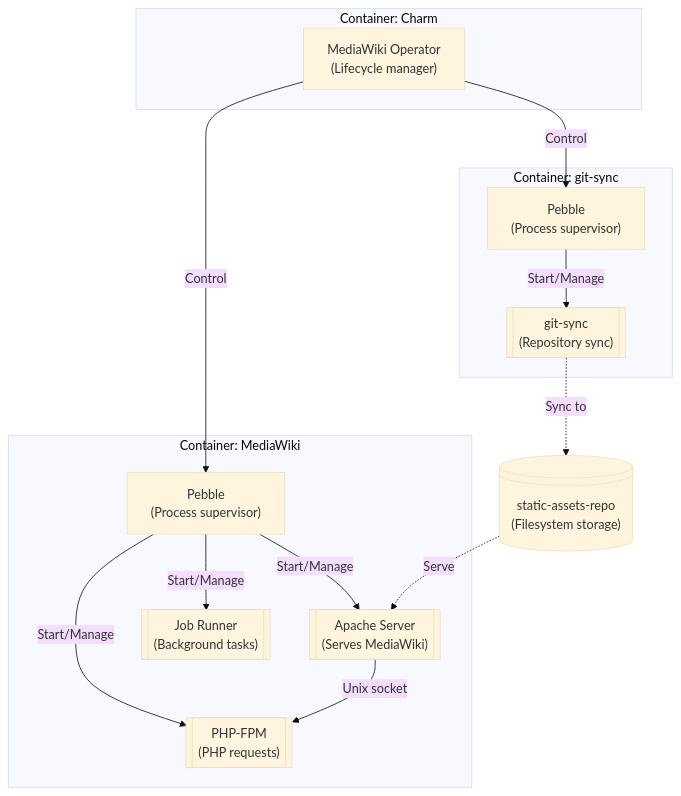
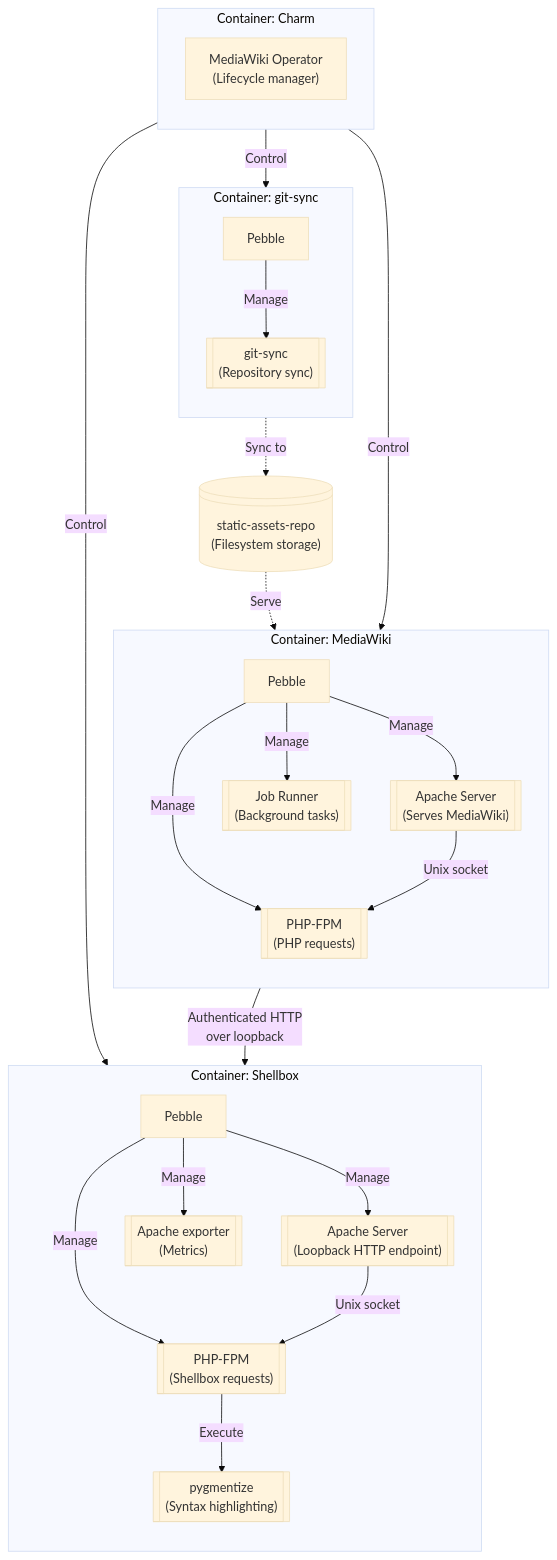
Before and after one commit to canonical/mediawiki-k8s-operator: the second of 2 diagrams in docs/reference/charm-architecture.rst, drawn with Mermaid (base theme). The commit also changed other lines of this file and 3 other files, not shown here.

```diff
--- a/docs/reference/charm-architecture.rst
+++ b/docs/reference/charm-architecture.rst
@@ -85,33 +92,54 @@
 .. mermaid::
    :name: containers-architecture-diagram
 
    flowchart TD
       subgraph MediaWikiContainer["Container: MediaWiki"]
-         Pebble1["Pebble<br/>(Process supervisor)"]
+         direction TB
+         Pebble1["Pebble"]
          Apache@{ shape: subproc, label: "Apache Server<br/>(Serves MediaWiki)" }
          PhpFpm@{ shape: subproc, label: "PHP-FPM<br/>(PHP requests)" }
          JobRunner@{ shape: subproc, label: "Job Runner<br/>(Background tasks)" }
 
-         Pebble1 -->|Start/Manage| Apache
-         Pebble1 -->|Start/Manage| PhpFpm
+         Pebble1 -->|Manage| Apache
+         Pebble1 -->|Manage| PhpFpm
          Apache -->|Unix socket| PhpFpm
-         Pebble1 -->|Start/Manage| JobRunner
+         Pebble1 -->|Manage| JobRunner
       end
       
+      subgraph ShellboxContainer["Container: Shellbox"]
+         direction TB
+         Pebble3["Pebble"]
+         ShellboxApache@{ shape: subproc, label: "Apache Server<br/>(Loopback HTTP endpoint)" }
+         ShellboxPhpFpm@{ shape: subproc, label: "PHP-FPM<br/>(Shellbox requests)" }
+         ShellboxCommand@{ shape: subproc, label: "pygmentize<br/>(Syntax highlighting)" }
+         ShellboxExporter@{ shape: subproc, label: "Apache exporter<br/>(Metrics)" }
+
+         Pebble3 -->|Manage| ShellboxApache
+         Pebble3 -->|Manage| ShellboxPhpFpm
+         Pebble3 -->|Manage| ShellboxExporter
+         ShellboxApache -->|Unix socket| ShellboxPhpFpm
+         ShellboxPhpFpm -->|Execute| ShellboxCommand
+      end
+
       subgraph GitSyncContainer["Container: git-sync"]
-         Pebble2["Pebble<br/>(Process supervisor)"]
+         direction TB
+         Pebble2["Pebble"]
          GitSyncApp@{ shape: subproc, label: "git-sync<br/>(Repository sync)" }
 
-         Pebble2 -->|Start/Manage| GitSyncApp
+         Pebble2 -->|Manage| GitSyncApp
       end
       
       subgraph OperatorPlane["Container: Charm"]
+         direction TB
          CharmOp["MediaWiki Operator<br/>(Lifecycle manager)"]
       end
       
       Assets@{ shape: lin-cyl, label: "static-assets-repo<br/>(Filesystem storage)" }
       
       CharmOp -->|Control| Pebble1
       CharmOp -->|Control| Pebble2
+      CharmOp -->|Control| Pebble3
+      PhpFpm -->|Authenticated HTTP<br/>over loopback| ShellboxApache
+      PhpFpm ~~~ Pebble3
       GitSyncApp -.->|Sync to| Assets
       Assets -.->|Serve| Apache
```
